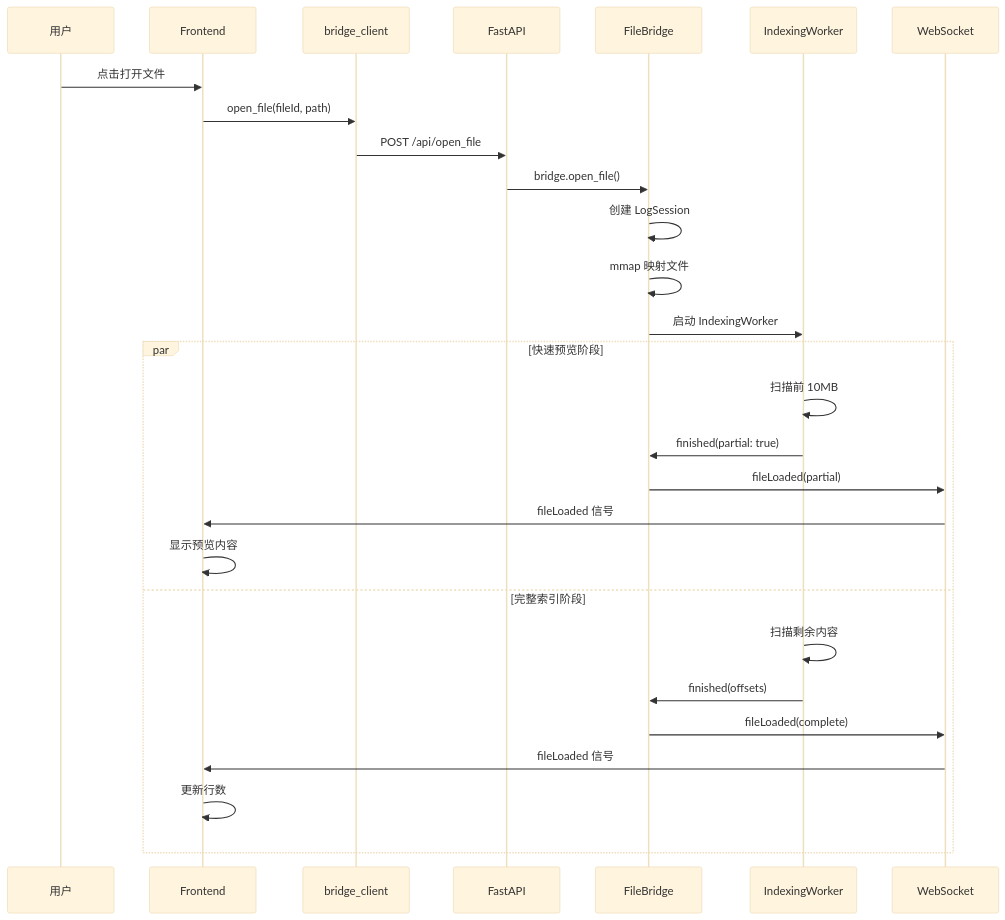
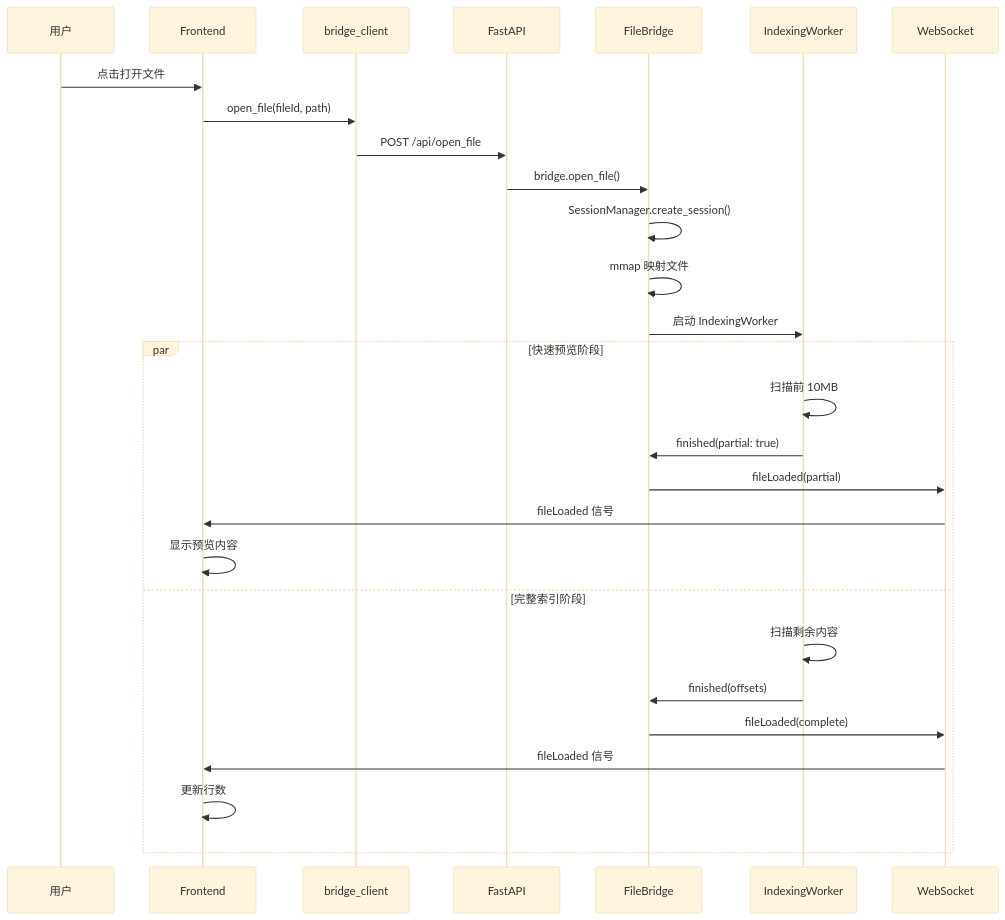
Before and after one commit to qmjianda/loglayer: diagram 18 of 25 in megatron_mermaid.md, drawn with Mermaid (base theme). The commit also changed other lines of this file, not shown here.

First line of the commit message:
docs: update architecture diagram for OOP refactoring

````diff
--- a/megatron_mermaid.md
+++ b/megatron_mermaid.md
@@ -895,33 +990,33 @@
 ```mermaid
 sequenceDiagram
     participant U as 用户
     participant FE as Frontend
     participant BC as bridge_client
     participant API as FastAPI
     participant BR as FileBridge
     participant IW as IndexingWorker
     participant WS as WebSocket
     
     U->>FE: 点击打开文件
     FE->>BC: open_file(fileId, path)
     BC->>API: POST /api/open_file
     API->>BR: bridge.open_file()
     
-    BR->>BR: 创建 LogSession
+    BR->>BR: SessionManager.create_session()
     BR->>BR: mmap 映射文件
     BR->>IW: 启动 IndexingWorker
     
     par 快速预览阶段
         IW->>IW: 扫描前 10MB
         IW->>BR: finished(partial: true)
         BR->>WS: fileLoaded(partial)
         WS->>FE: fileLoaded 信号
         FE->>FE: 显示预览内容
     and 完整索引阶段
         IW->>IW: 扫描剩余内容
         IW->>BR: finished(offsets)
         BR->>WS: fileLoaded(complete)
         WS->>FE: fileLoaded 信号
         FE->>FE: 更新行数
     end
 ```
````
